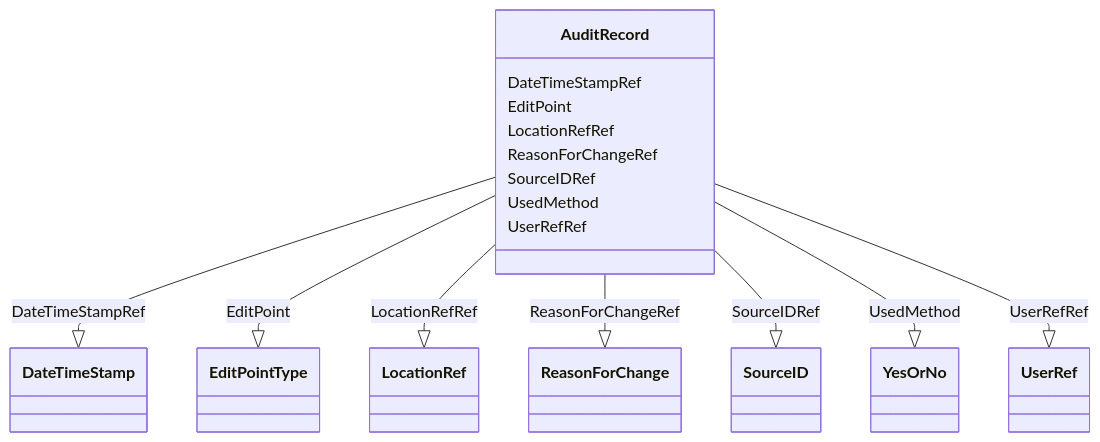
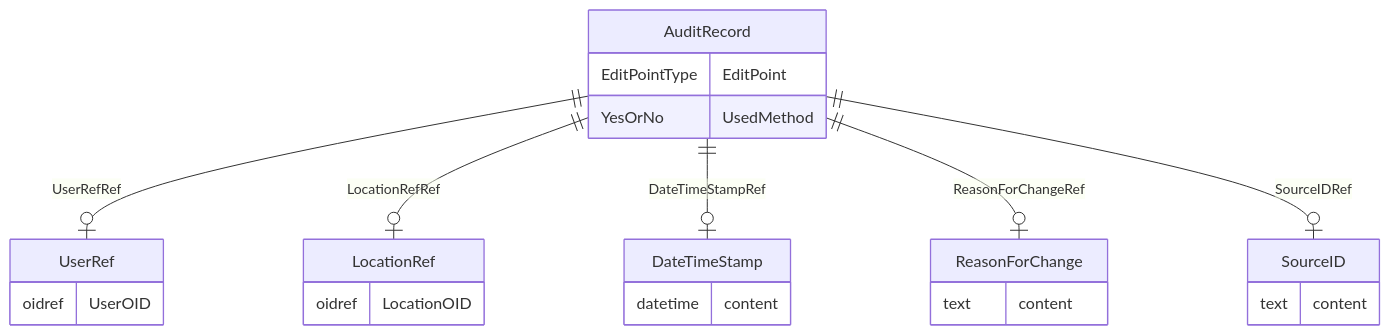
The diagram in docs/AuditRecord.md (cdisc-org/DataExchange-ODM-LinkML), drawn with Mermaid before and after one commit. The commit also changed other lines of this file and 181 other files, not shown here.

Commit message:
ER diagrams working via templates and removing names with underscores

````diff
--- a/docs/AuditRecord.md
+++ b/docs/AuditRecord.md
@@ -14,33 +11,29 @@
 ```mermaid
- classDiagram
-    class AuditRecord
-      AuditRecord : DateTimeStampRef
-        
-          AuditRecord --|> DateTimeStamp : DateTimeStampRef
-        
-      AuditRecord : EditPoint
-        
-          AuditRecord --|> EditPointType : EditPoint
-        
-      AuditRecord : LocationRefRef
-        
-          AuditRecord --|> LocationRef : LocationRefRef
-        
-      AuditRecord : ReasonForChangeRef
-        
-          AuditRecord --|> ReasonForChange : ReasonForChangeRef
-        
-      AuditRecord : SourceIDRef
-        
-          AuditRecord --|> SourceID : SourceIDRef
-        
-      AuditRecord : UsedMethod
-        
-          AuditRecord --|> YesOrNo : UsedMethod
-        
-      AuditRecord : UserRefRef
-        
-          AuditRecord --|> UserRef : UserRefRef
-        
-      
+erDiagram
+AuditRecord {
+    EditPointType EditPoint  
+    YesOrNo UsedMethod  
+}
+SourceID {
+    text content  
+}
+ReasonForChange {
+    text content  
+}
+DateTimeStamp {
+    datetime content  
+}
+LocationRef {
+    oidref LocationOID  
+}
+UserRef {
+    oidref UserOID  
+}
+
+AuditRecord ||--|o UserRef : "UserRefRef"
+AuditRecord ||--|o LocationRef : "LocationRefRef"
+AuditRecord ||--|o DateTimeStamp : "DateTimeStampRef"
+AuditRecord ||--|o ReasonForChange : "ReasonForChangeRef"
+AuditRecord ||--|o SourceID : "SourceIDRef"
+
 ```
````
